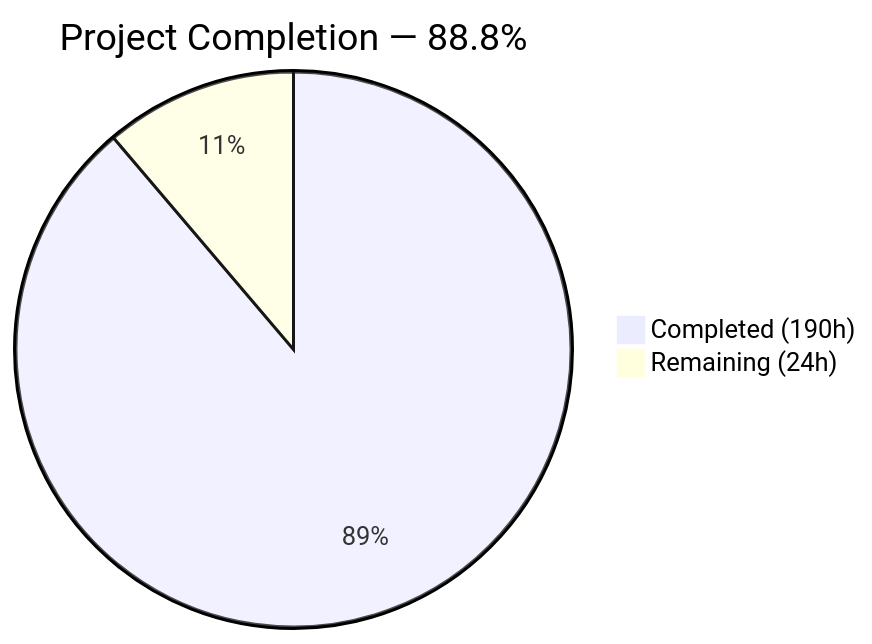
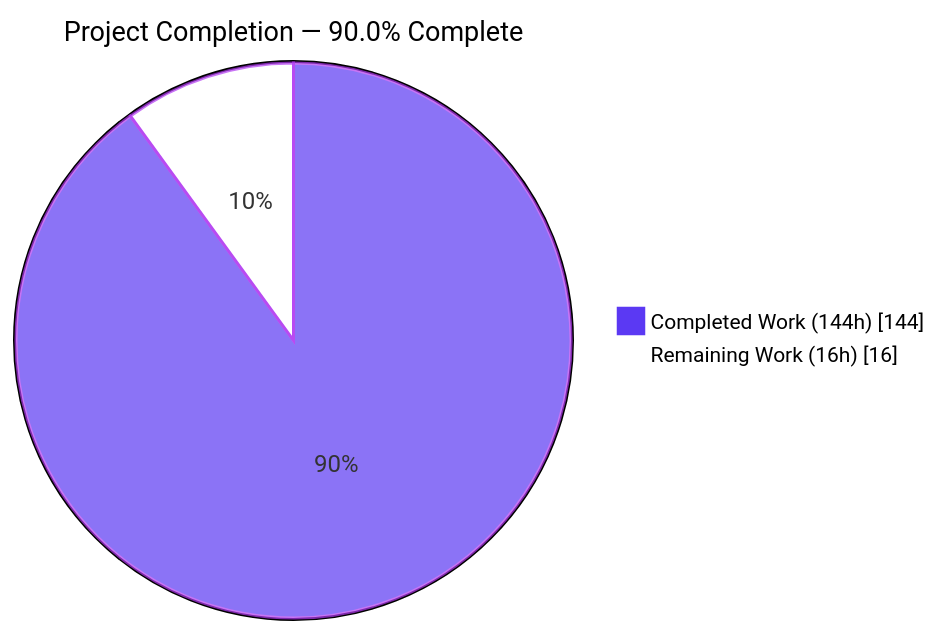
One commit to blitzy-public-samples/MikeRepo changed the first of 4 diagrams in blitzy/documentation/Project Guide.md. Above: the diagram before and after it, drawn with Mermaid. The commit also changed other lines of this file, not shown here.

Commit message:
Adding Blitzy Project Guide: Project Status and Human Tasks Remaining

````diff
--- a/blitzy/documentation/Project Guide.md
+++ b/blitzy/documentation/Project Guide.md
@@ -13,5 +14,6 @@
 ```mermaid
-pie title Project Completion — 88.8%
-    "Completed (190h)" : 190
-    "Remaining (24h)" : 24
+%%{init: {"pie": {"textPosition": 0.5}, "themeVariables": {"pieOuterStrokeWidth": "2px", "pie1": "#5B39F3", "pie2": "#FFFFFF", "pieStrokeColor": "#B23AF2", "pieTitleTextSize": "18px", "pieSectionTextSize": "16px", "pieLegendTextSize": "14px"}}}%%
+pie showData title Project Completion — 90.0% Complete
+    "Completed Work (144h)" : 144
+    "Remaining Work (16h)" : 16
 ```
````
